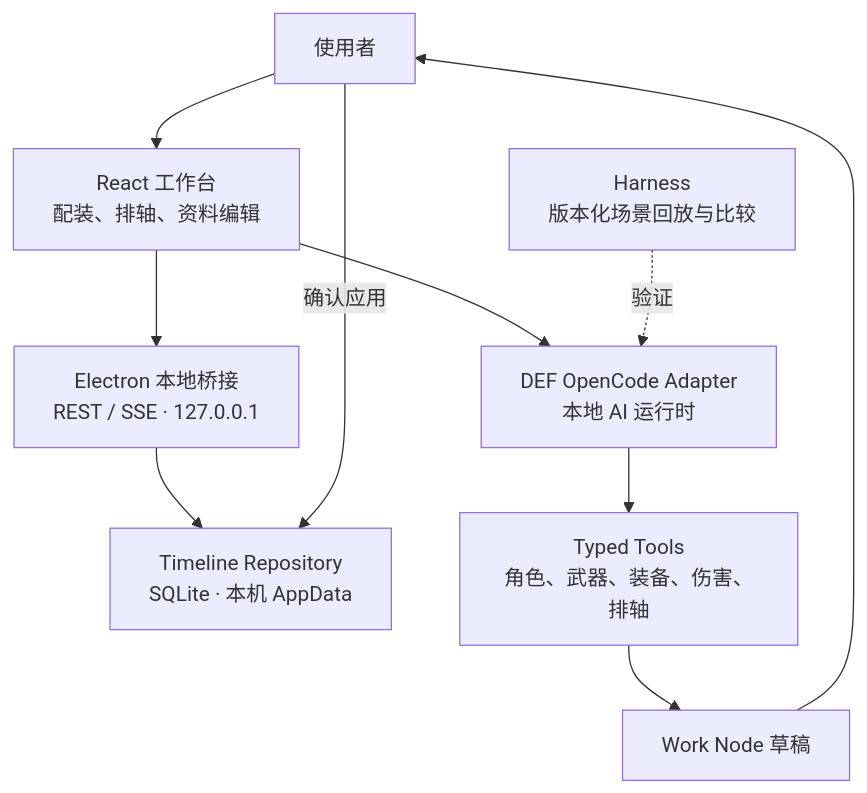
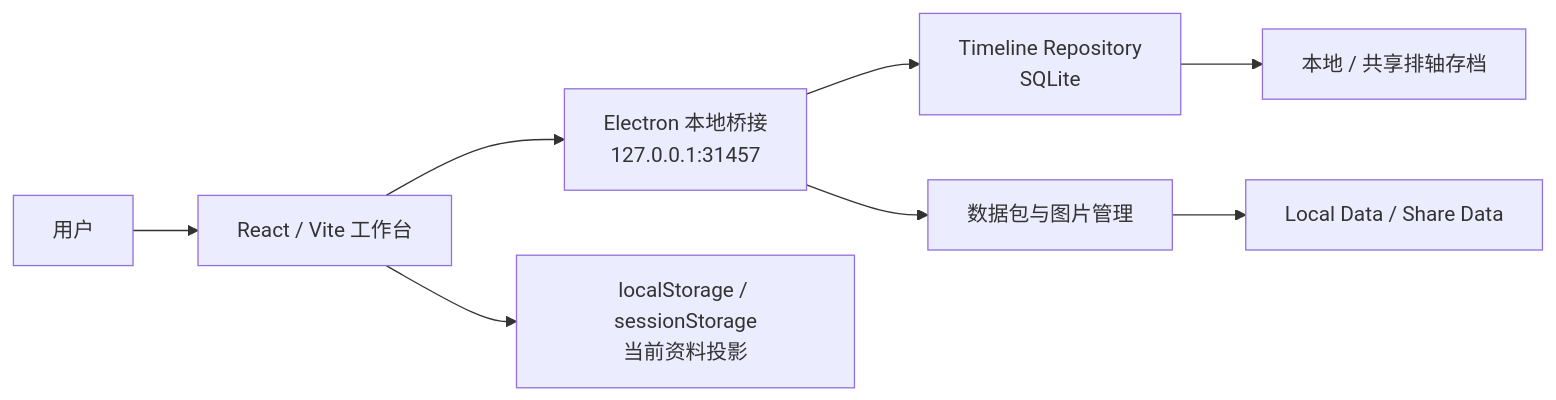
The diagram in docs/architecture/overview.md (Pandluto/dmg-end-field), drawn with Mermaid before and after one commit. The commit also changed other lines of this file and 6348 other files, not shown here.

````diff
--- a/docs/architecture/overview.md
+++ b/docs/architecture/overview.md
@@ -16,12 +7,10 @@
 ```mermaid
-flowchart TB
-  User["使用者"] --> UI["React 工作台\n配装、排轴、资料编辑"]
-  UI --> Bridge["Electron 本地桥接\nREST / SSE · 127.0.0.1"]
-  Bridge --> Repository["Timeline Repository\nSQLite · 本机 AppData"]
-  UI --> Adapter["DEF OpenCode Adapter\n本地 AI 运行时"]
-  Adapter --> Tools["Typed Tools\n角色、武器、装备、伤害、排轴"]
-  Tools --> Draft["Work Node 草稿"]
-  Draft --> User
-  User -->|"确认应用"| Repository
-  Harness["Harness\n版本化场景回放与比较"] -. 验证 .-> Adapter
+flowchart LR
+  User["用户"] --> UI["React / Vite 工作台"]
+  UI --> Bridge["Electron 本地桥接\n127.0.0.1:31457"]
+  Bridge --> Repo["Timeline Repository\nSQLite"]
+  Bridge --> Data["数据包与图片管理"]
+  UI --> Storage["localStorage / sessionStorage\n当前资料投影"]
+  Repo --> Archive["本地 / 共享排轴存档"]
+  Data --> Package["Local Data / Share Data"]
 ```
````
